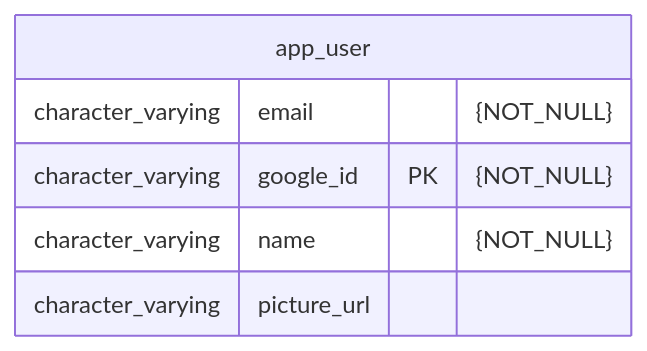
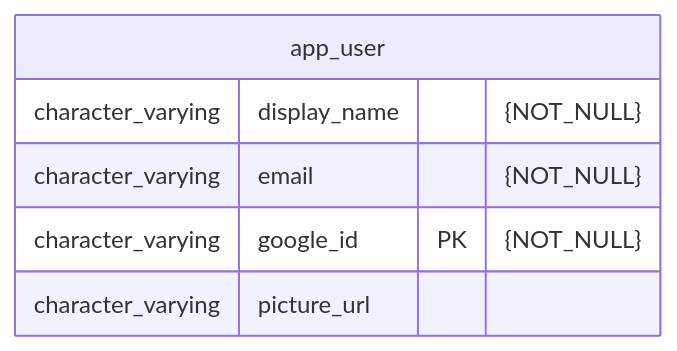
Before and after one commit to taonity/fullstack-starter: the diagram in README.md, drawn with Mermaid.

Commit message:
chore: update mermerd ERD diagram [skip ci]

````diff
--- a/README.md
+++ b/README.md
@@ -98,9 +98,10 @@
 ```mermaid
 erDiagram
     app_user {
+        character_varying display_name "{NOT_NULL}"
         character_varying email "{NOT_NULL}"
         character_varying google_id PK "{NOT_NULL}"
-        character_varying name "{NOT_NULL}"
-        character_varying picture_url
+        character_varying picture_url 
     }
+
 ```
````
